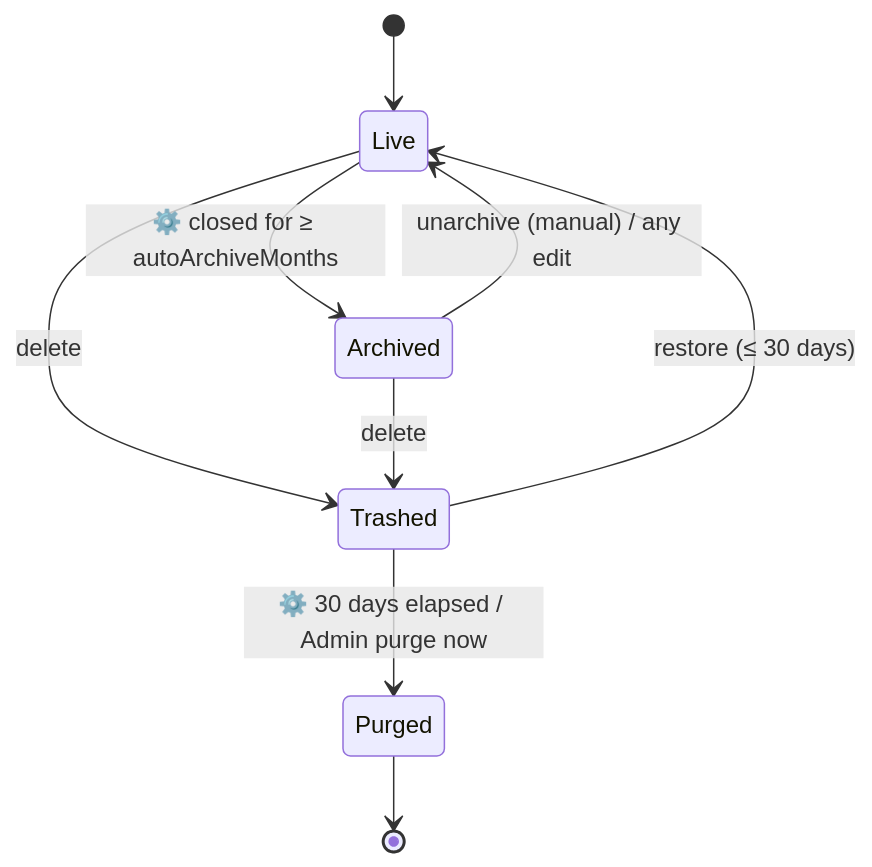
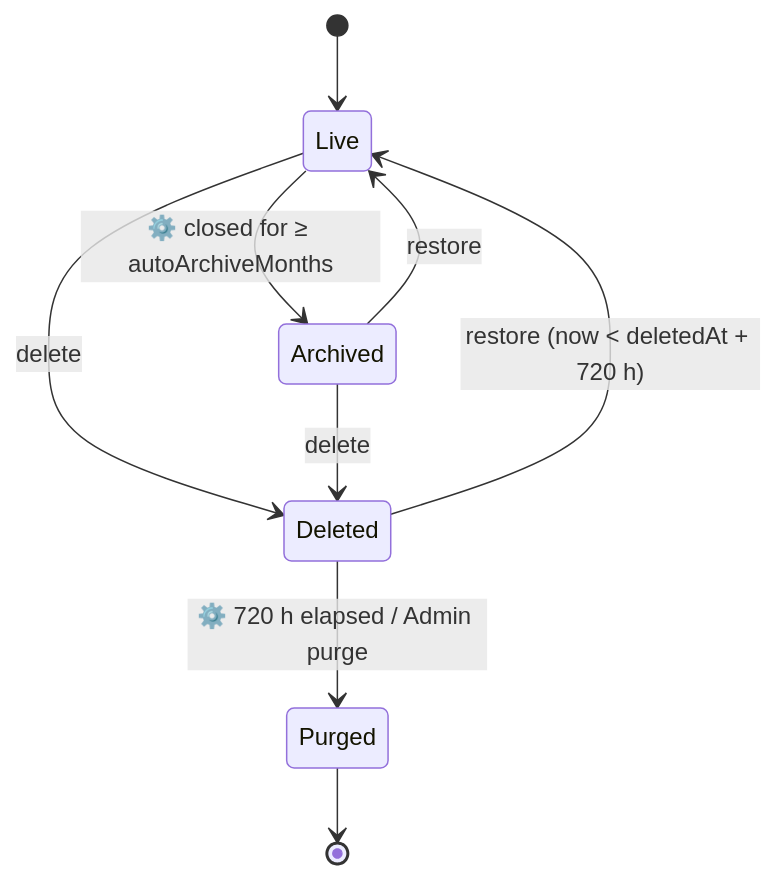
The second of 7 diagrams in docs/03-domain/state-machines.md (S-Ayush/surface), drawn with Mermaid before and after one commit. The commit also changed other lines of this file and 43 other files, not shown here.

````diff
--- a/docs/03-domain/state-machines.md
+++ b/docs/03-domain/state-machines.md
@@ -54,11 +56,11 @@
 ```mermaid
 stateDiagram-v2
   [*] --> Live
   Live --> Archived: ⚙️ closed for ≥ autoArchiveMonths
-  Archived --> Live: unarchive (manual) / any edit
-  Live --> Trashed: delete
-  Archived --> Trashed: delete
-  Trashed --> Live: restore (≤ 30 days)
-  Trashed --> Purged: ⚙️ 30 days elapsed / Admin purge now
+  Live --> Deleted: delete
+  Archived --> Deleted: delete
+  Archived --> Live: restore
+  Deleted --> Live: restore (now < deletedAt + 720 h)
+  Deleted --> Purged: ⚙️ 720 h elapsed / Admin purge
   Purged --> [*]
 ```
````
